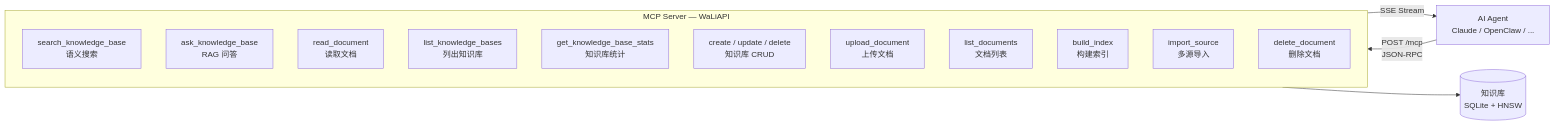
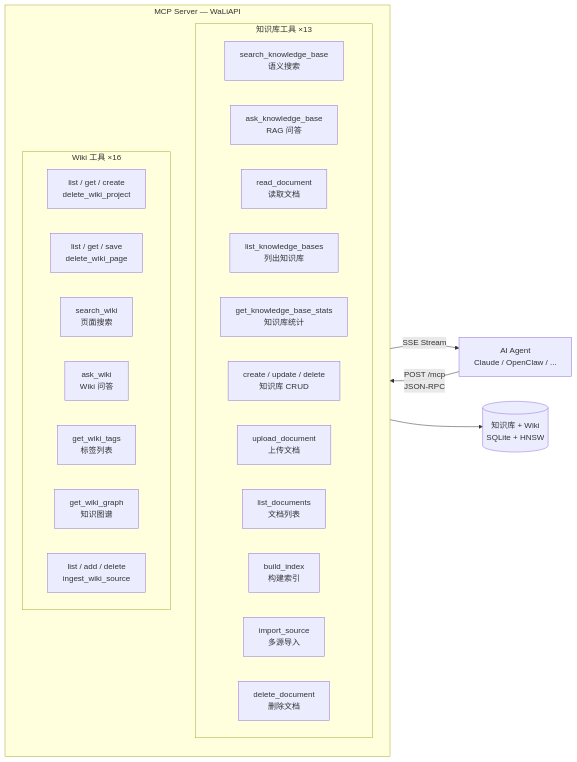
One commit to EPCN-fla/WaLiAPI changed the third of 3 diagrams in README.md. Above: the diagram before and after it, drawn with Mermaid. The commit also changed other lines of this file and 6 other files, not shown here.

````diff
--- a/README.md
+++ b/README.md
@@ -111,21 +113,32 @@
 ```mermaid
 flowchart LR
     Agent[AI Agent<br/>Claude / OpenClaw / ...] -->|"POST /mcp<br/>JSON-RPC"| MCP
     MCP -->|"SSE Stream"| Agent
 
     subgraph MCP[MCP Server — WaLiAPI]
-        T1[search_knowledge_base<br/>语义搜索]
-        T2[ask_knowledge_base<br/>RAG 问答]
-        T3[read_document<br/>读取文档]
-        T4[list_knowledge_bases<br/>列出知识库]
-        T5[get_knowledge_base_stats<br/>知识库统计]
-        T6[create / update / delete<br/>知识库 CRUD]
-        T7[upload_document<br/>上传文档]
-        T8[list_documents<br/>文档列表]
-        T9[build_index<br/>构建索引]
-        T10[import_source<br/>多源导入]
-        T11[delete_document<br/>删除文档]
+        subgraph KBTools[知识库工具 ×13]
+            T1[search_knowledge_base<br/>语义搜索]
+            T2[ask_knowledge_base<br/>RAG 问答]
+            T3[read_document<br/>读取文档]
+            T4[list_knowledge_bases<br/>列出知识库]
+            T5[get_knowledge_base_stats<br/>知识库统计]
+            T6[create / update / delete<br/>知识库 CRUD]
+            T7[upload_document<br/>上传文档]
+            T8[list_documents<br/>文档列表]
+            T9[build_index<br/>构建索引]
+            T10[import_source<br/>多源导入]
+            T11[delete_document<br/>删除文档]
+        end
+        subgraph WikiTools[Wiki 工具 ×16]
+            W1[list / get / create<br/>delete_wiki_project]
+            W2[list / get / save<br/>delete_wiki_page]
+            W3[search_wiki<br/>页面搜索]
+            W4[ask_wiki<br/>Wiki 问答]
+            W5[get_wiki_tags<br/>标签列表]
+            W6[get_wiki_graph<br/>知识图谱]
+            W7[list / add / delete<br/>ingest_wiki_source]
+        end
     end
 
-    MCP --> KB[(知识库<br/>SQLite + HNSW)]
+    MCP --> KB[(知识库 + Wiki<br/>SQLite + HNSW)]
 ```
````
